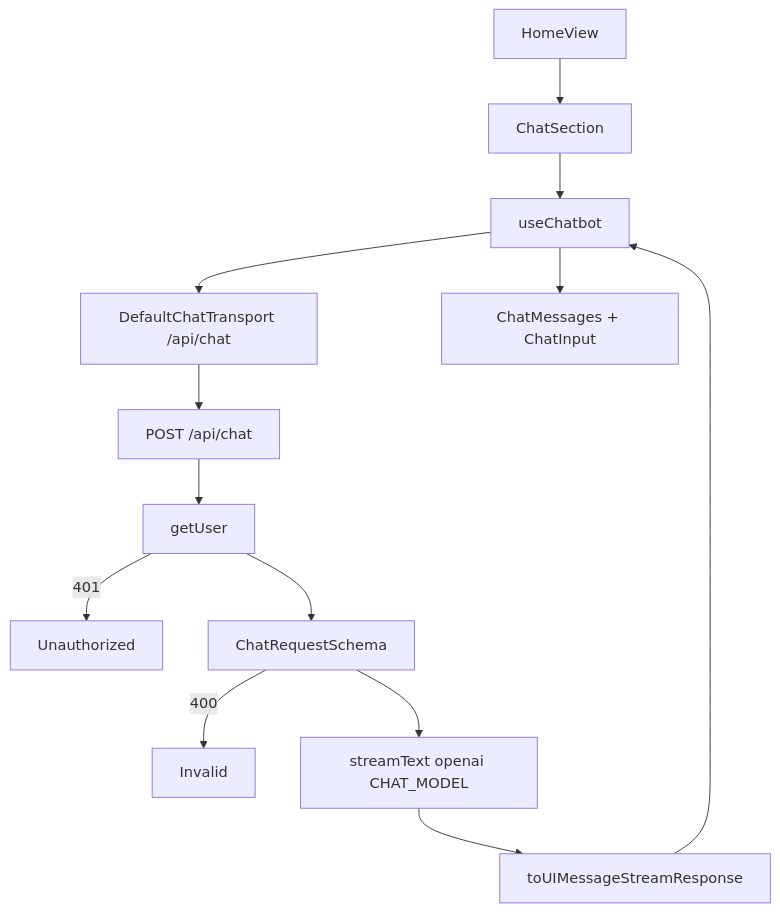
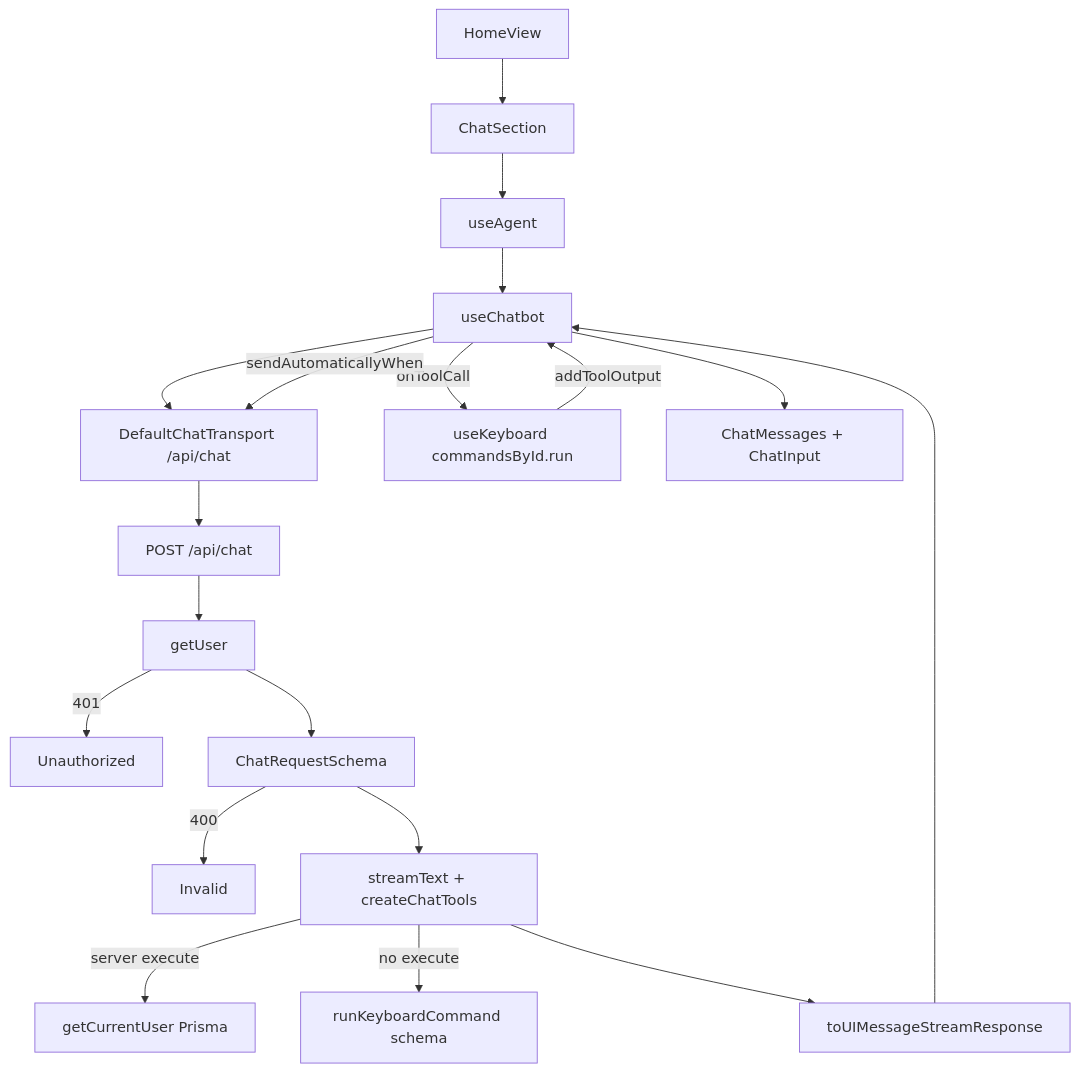
One commit to brandon-cercedo/root-next-template changed the first of 3 diagrams in docs/chatbot.md. Above: the diagram before and after it, drawn with Mermaid. The commit also changed other lines of this file and 25 other files, not shown here.

First line of the commit message:
feat(41): add chat agent tools for App/DB Q&A (#41)

````diff
--- a/docs/chatbot.md
+++ b/docs/chatbot.md
@@ -31,15 +41,21 @@
 ```mermaid
 flowchart TD
   Home["HomeView"] --> Section["ChatSection"]
-  Section --> Hook["useChatbot"]
+  Section --> AgentHook["useAgent"]
+  AgentHook --> Hook["useChatbot"]
   Hook --> Transport["DefaultChatTransport /api/chat"]
   Transport --> Route["POST /api/chat"]
   Route --> Auth["getUser"]
   Auth -->|401| Unauthorized
   Auth --> Parse["ChatRequestSchema"]
   Parse -->|400| Invalid
-  Parse --> Stream["streamText openai CHAT_MODEL"]
+  Parse --> Stream["streamText + createChatTools"]
+  Stream -->|server execute| GetUser["getCurrentUser Prisma"]
+  Stream -->|no execute| KbSchema["runKeyboardCommand schema"]
   Stream --> UI["toUIMessageStreamResponse"]
   UI --> Hook
+  Hook -->|onToolCall| KbRun["useKeyboard commandsById.run"]
+  KbRun -->|addToolOutput| Hook
+  Hook -->|sendAutomaticallyWhen| Transport
   Hook --> Messages["ChatMessages + ChatInput"]
 ```
````
